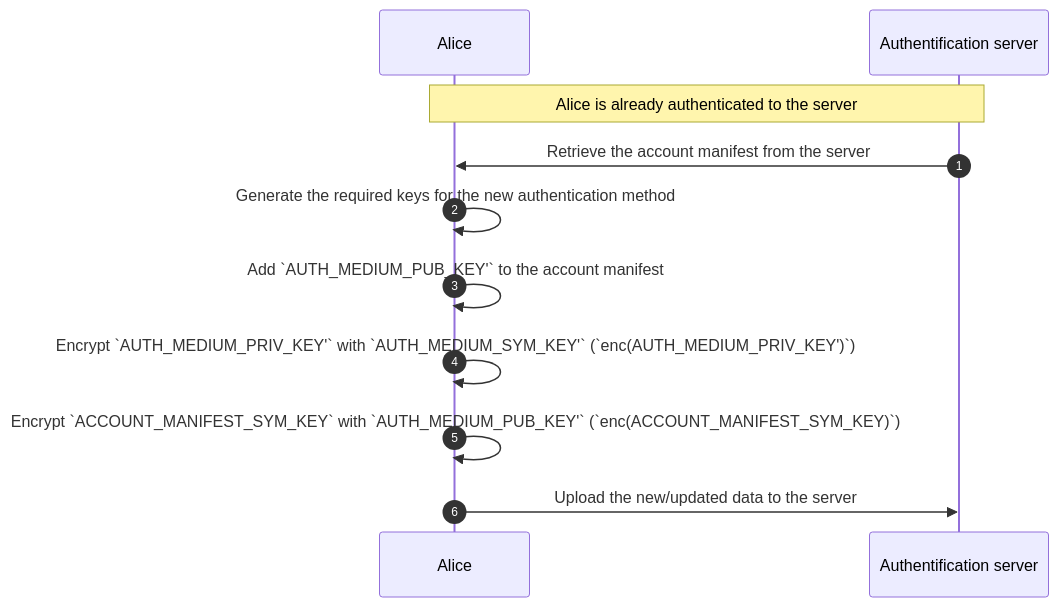
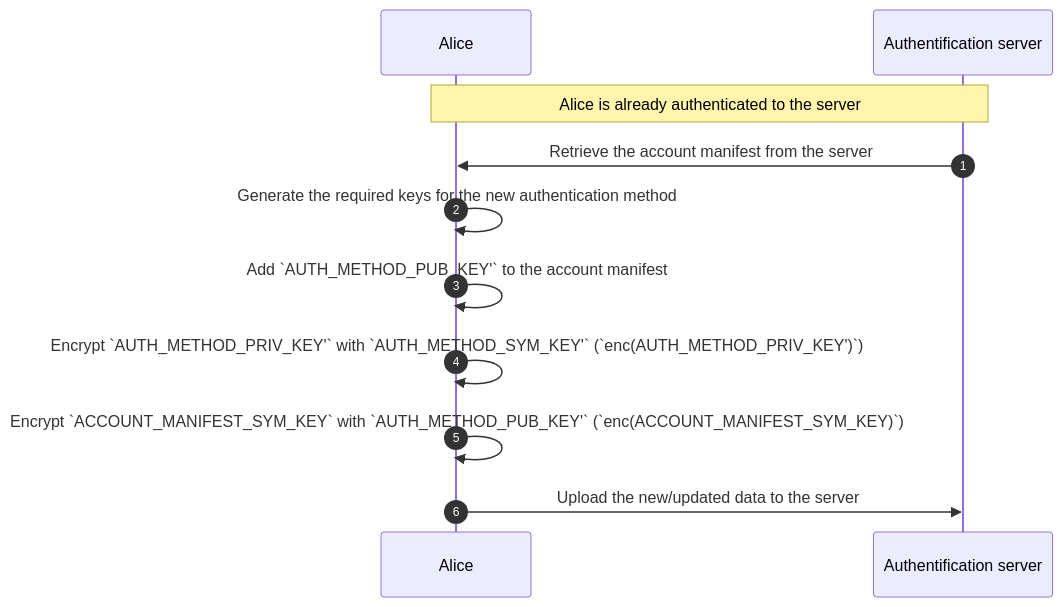
The fifth of 8 diagrams in docs/rfcs/1012-parsec-auth.md (Scille/parsec-cloud), drawn with Mermaid before and after one commit. The commit also changed other lines of this file, not shown here.

Commit message:
fixup! feat(rfc): Add RFC Parsec auth

````diff
--- a/docs/rfcs/1012-parsec-auth.md
+++ b/docs/rfcs/1012-parsec-auth.md
@@ -274,15 +274,15 @@
 ```mermaid
 sequenceDiagram
   autonumber
   participant Alice
   participant S as Authentification server
 
   Note over Alice,S: Alice is already authenticated to the server
 
   S ->> Alice: Retrieve the account manifest from the server
   Alice ->> Alice: Generate the required keys for the new authentication method
-  Alice ->> Alice: Add `AUTH_MEDIUM_PUB_KEY'` to the account manifest
-  Alice ->> Alice: Encrypt `AUTH_MEDIUM_PRIV_KEY'` with `AUTH_MEDIUM_SYM_KEY'` (`enc(AUTH_MEDIUM_PRIV_KEY')`)
-  Alice ->> Alice: Encrypt `ACCOUNT_MANIFEST_SYM_KEY` with `AUTH_MEDIUM_PUB_KEY'` (`enc(ACCOUNT_MANIFEST_SYM_KEY)`)
+  Alice ->> Alice: Add `AUTH_METHOD_PUB_KEY'` to the account manifest
+  Alice ->> Alice: Encrypt `AUTH_METHOD_PRIV_KEY'` with `AUTH_METHOD_SYM_KEY'` (`enc(AUTH_METHOD_PRIV_KEY')`)
+  Alice ->> Alice: Encrypt `ACCOUNT_MANIFEST_SYM_KEY` with `AUTH_METHOD_PUB_KEY'` (`enc(ACCOUNT_MANIFEST_SYM_KEY)`)
   Alice ->> S: Upload the new/updated data to the server
 ```
````
